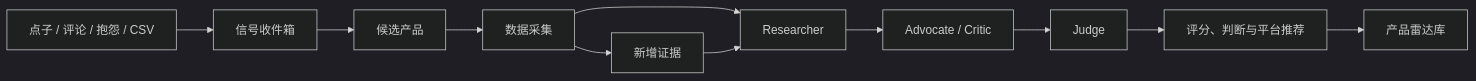
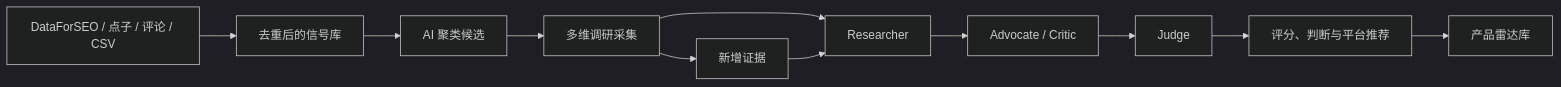
Before and after one commit to xiao131/product-radar: the first of 2 diagrams in README.md, drawn with Mermaid (dark theme). The commit also changed other lines of this file and 29 other files, not shown here.

````diff
--- a/README.md
+++ b/README.md
@@ -88,13 +104,13 @@
 ```mermaid
 flowchart LR
-  A["点子 / 评论 / 抱怨 / CSV"] --> B["信号收件箱"]
-  B --> C["候选产品"]
-  C --> D["数据采集"]
+  A["DataForSEO / 点子 / 评论 / CSV"] --> B["去重后的信号库"]
+  B --> C["AI 聚类候选"]
+  C --> D["多维调研采集"]
   D --> E["Researcher"]
   E --> F["Advocate / Critic"]
   F --> G["Judge"]
   G --> H["评分、判断与平台推荐"]
   H --> I["产品雷达库"]
   D --> J["新增证据"]
   J --> E
 ```
````
